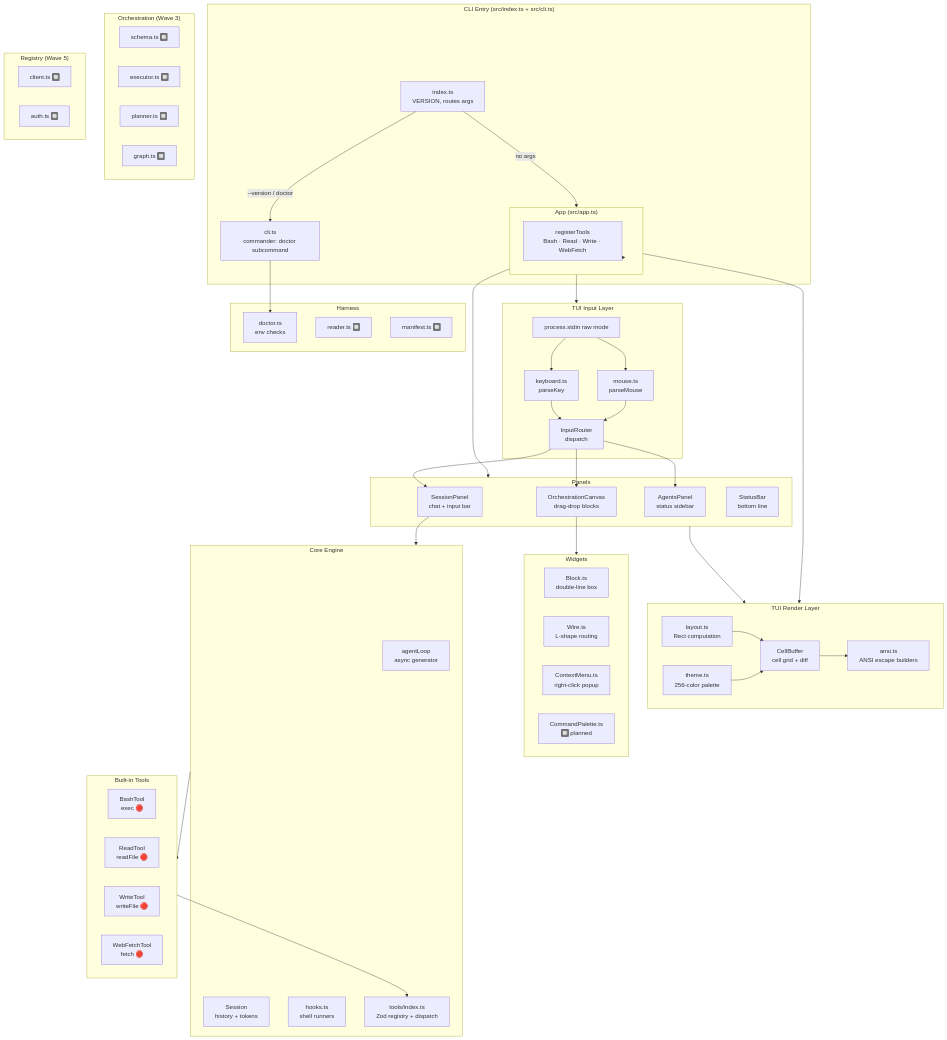
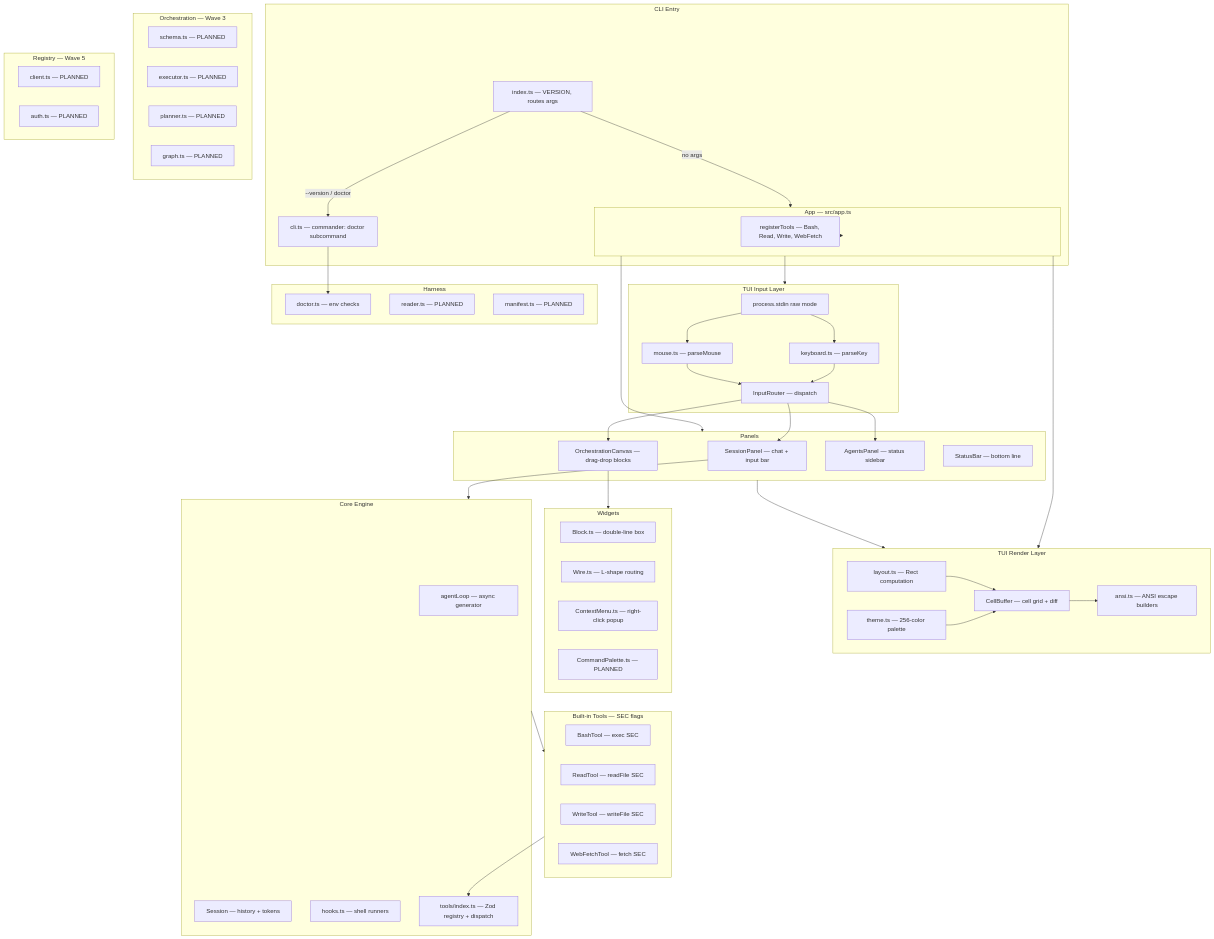
The first of 7 diagrams in docs/REVIEW-SECURITY-ARCHITECTURE.md (matheusmlopess/agentfactory-harness), drawn with Mermaid before and after one commit. The commit also changed other lines of this file, not shown here.

First line of the commit message:
fix: repair all Mermaid parse errors in security review doc

````diff
--- a/docs/REVIEW-SECURITY-ARCHITECTURE.md
+++ b/docs/REVIEW-SECURITY-ARCHITECTURE.md
@@ -75,24 +75,23 @@
 ```mermaid
 graph TB
-  subgraph CLI["CLI Entry (src/index.ts + src/cli.ts)"]
-    IDX[index.ts<br/>VERSION, routes args]
-    CLI_CMD[cli.ts<br/>commander: doctor subcommand]
+  subgraph CLI["CLI Entry"]
+    IDX["index.ts — VERSION, routes args"]
+    CLI_CMD["cli.ts — commander: doctor subcommand"]
     IDX -->|"--version / doctor"| CLI_CMD
     IDX -->|"no args"| APP
   end
 
-  subgraph APP["App (src/app.ts)"]
-    direction TB
-    APP[App<br/>terminal lifecycle<br/>tabs / resize]
-    TOOLS_REG[registerTools<br/>Bash · Read · Write · WebFetch]
+  subgraph APP["App — src/app.ts"]
+    APP["App — terminal lifecycle, tabs, resize"]
+    TOOLS_REG["registerTools — Bash, Read, Write, WebFetch"]
     APP --> TOOLS_REG
   end
 
   subgraph TUI_INPUT["TUI Input Layer"]
-    STDIN[process.stdin raw mode]
-    KBD[keyboard.ts<br/>parseKey]
-    MOUSE[mouse.ts<br/>parseMouse]
-    ROUTER[InputRouter<br/>dispatch]
+    STDIN["process.stdin raw mode"]
+    KBD["keyboard.ts — parseKey"]
+    MOUSE["mouse.ts — parseMouse"]
+    ROUTER["InputRouter — dispatch"]
     STDIN --> KBD
     STDIN --> MOUSE
     KBD --> ROUTER
@@ -100,59 +99,59 @@
   end
 
   subgraph TUI_RENDER["TUI Render Layer"]
-    ANSI[ansi.ts<br/>ANSI escape builders]
-    BUF[CellBuffer<br/>cell grid + diff]
-    LAYOUT[layout.ts<br/>Rect computation]
-    THEME[theme.ts<br/>256-color palette]
+    ANSI["ansi.ts — ANSI escape builders"]
+    BUF["CellBuffer — cell grid + diff"]
+    LAYOUT["layout.ts — Rect computation"]
+    THEME["theme.ts — 256-color palette"]
     BUF --> ANSI
     LAYOUT --> BUF
     THEME --> BUF
   end
 
   subgraph PANELS["Panels"]
-    SESS[SessionPanel<br/>chat + input bar]
-    CANVAS[OrchestrationCanvas<br/>drag-drop blocks]
-    AGENTS[AgentsPanel<br/>status sidebar]
-    STATUSBAR[StatusBar<br/>bottom line]
+    SESS["SessionPanel — chat + input bar"]
+    CANVAS["OrchestrationCanvas — drag-drop blocks"]
+    AGENTS["AgentsPanel — status sidebar"]
+    STATUSBAR["StatusBar — bottom line"]
   end
 
   subgraph WIDGETS["Widgets"]
-    BLOCK_W[Block.ts<br/>double-line box]
-    WIRE_W[Wire.ts<br/>L-shape routing]
-    CTX_MENU[ContextMenu.ts<br/>right-click popup]
-    CMD_PAL[CommandPalette.ts<br/>🔲 planned]
+    BLOCK_W["Block.ts — double-line box"]
+    WIRE_W["Wire.ts — L-shape routing"]
+    CTX_MENU["ContextMenu.ts — right-click popup"]
+    CMD_PAL["CommandPalette.ts — PLANNED"]
   end
 
   subgraph CORE["Core Engine"]
-    LOOP[agentLoop<br/>async generator]
-    SESSION[Session<br/>history + tokens]
-    HOOKS[hooks.ts<br/>shell runners]
-    DISPATCH[tools/index.ts<br/>Zod registry + dispatch]
+    LOOP["agentLoop — async generator"]
+    SESSION["Session — history + tokens"]
+    HOOKS["hooks.ts — shell runners"]
+    DISPATCH["tools/index.ts — Zod registry + dispatch"]
   end
 
-  subgraph TOOLS["Built-in Tools"]
-    BASH[BashTool<br/>exec 🔴]
-    READ[ReadTool<br/>readFile 🔴]
-    WRITE[WriteTool<br/>writeFile 🔴]
-    FETCH[WebFetchTool<br/>fetch 🔴]
+  subgraph TOOLS["Built-in Tools — SEC flags"]
+    BASH["BashTool — exec SEC"]
+    READ["ReadTool — readFile SEC"]
+    WRITE["WriteTool — writeFile SEC"]
+    FETCH["WebFetchTool — fetch SEC"]
   end
 
   subgraph HARNESS["Harness"]
-    DOCTOR[doctor.ts<br/>env checks]
-    READER[reader.ts 🔲]
-    MANIFEST[manifest.ts 🔲]
+    DOCTOR["doctor.ts — env checks"]
+    READER["reader.ts — PLANNED"]
+    MANIFEST["manifest.ts — PLANNED"]
   end
 
-  subgraph ORCH["Orchestration (Wave 3)"]
-    SCHEMA[schema.ts 🔲]
-    EXECUTOR[executor.ts 🔲]
-    PLANNER[planner.ts 🔲]
-    GRAPH[graph.ts 🔲]
+  subgraph ORCH["Orchestration — Wave 3"]
+    SCHEMA["schema.ts — PLANNED"]
+    EXECUTOR["executor.ts — PLANNED"]
+    PLANNER["planner.ts — PLANNED"]
+    GRAPH["graph.ts — PLANNED"]
   end
 
-  subgraph REGISTRY["Registry (Wave 5)"]
-    REG_CLIENT[client.ts 🔲]
-    REG_AUTH[auth.ts 🔲]
+  subgraph REGISTRY["Registry — Wave 5"]
+    REG_CLIENT["client.ts — PLANNED"]
+    REG_AUTH["auth.ts — PLANNED"]
   end
 
   APP --> TUI_INPUT
````
